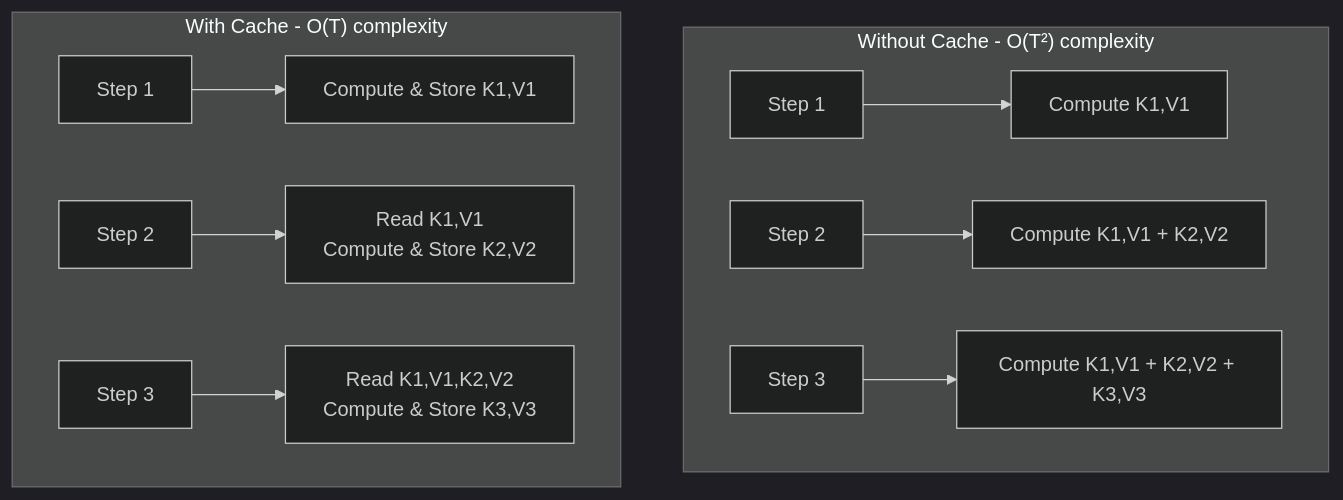
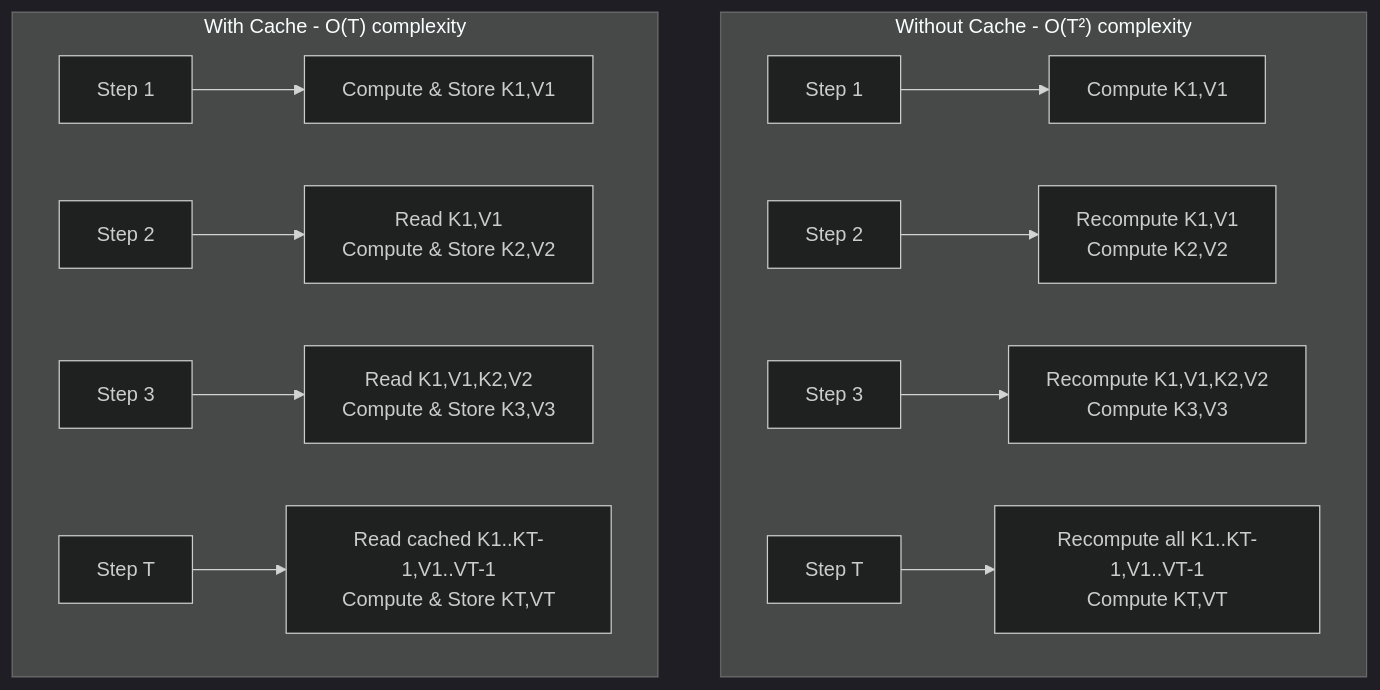
One commit to Shahriarin2garden/vllm_from_scratch changed the second of 37 diagrams in lab0.2/README.md. Above: the diagram before and after it, drawn with Mermaid (dark theme). The commit also changed other lines of this file, not shown here.

Commit message:
Refactor diagrams in README.md for improved clarity and detail

````diff
--- a/lab0.2/README.md
+++ b/lab0.2/README.md
@@ -116,14 +117,16 @@
 ```mermaid
 graph TB
     subgraph WithoutCache["Without Cache - O(T²) complexity"]
         A1[Step 1] --> B1[Compute K1,V1]
-        A2[Step 2] --> B2[Compute K1,V1 + K2,V2]
-        A3[Step 3] --> B3[Compute K1,V1 + K2,V2 + K3,V3]
+        A2[Step 2] --> B2["Recompute K1,V1<br/>Compute K2,V2"]
+        A3[Step 3] --> B3["Recompute K1,V1,K2,V2<br/>Compute K3,V3"]
+        A4[Step T] --> B4["Recompute all K1..KT-1,V1..VT-1<br/>Compute KT,VT"]
     end
     
     subgraph WithCache["With Cache - O(T) complexity"]
-        C1[Step 1] --> D1[Compute & Store K1,V1]
-        C2[Step 2] --> D2[Read K1,V1<br/>Compute & Store K2,V2]
-        C3[Step 3] --> D3[Read K1,V1,K2,V2<br/>Compute & Store K3,V3]
+        C1[Step 1] --> D1["Compute & Store K1,V1"]
+        C2[Step 2] --> D2["Read K1,V1<br/>Compute & Store K2,V2"]
+        C3[Step 3] --> D3["Read K1,V1,K2,V2<br/>Compute & Store K3,V3"]
+        C4[Step T] --> D4["Read cached K1..KT-1,V1..VT-1<br/>Compute & Store KT,VT"]
     end
 ```
````
